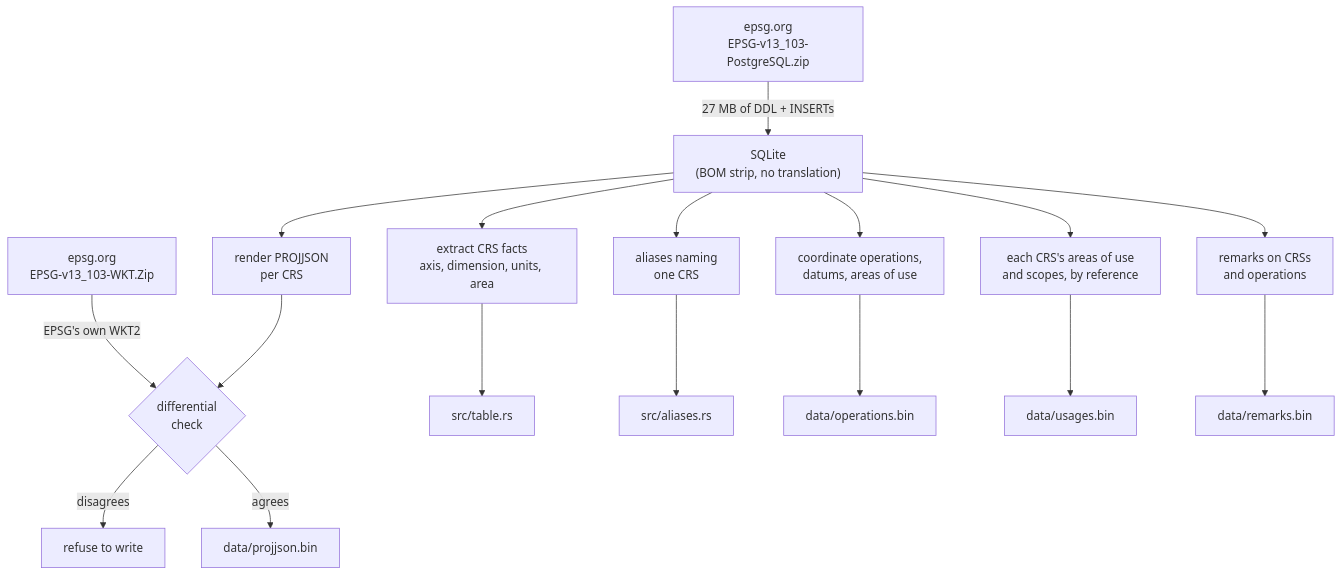
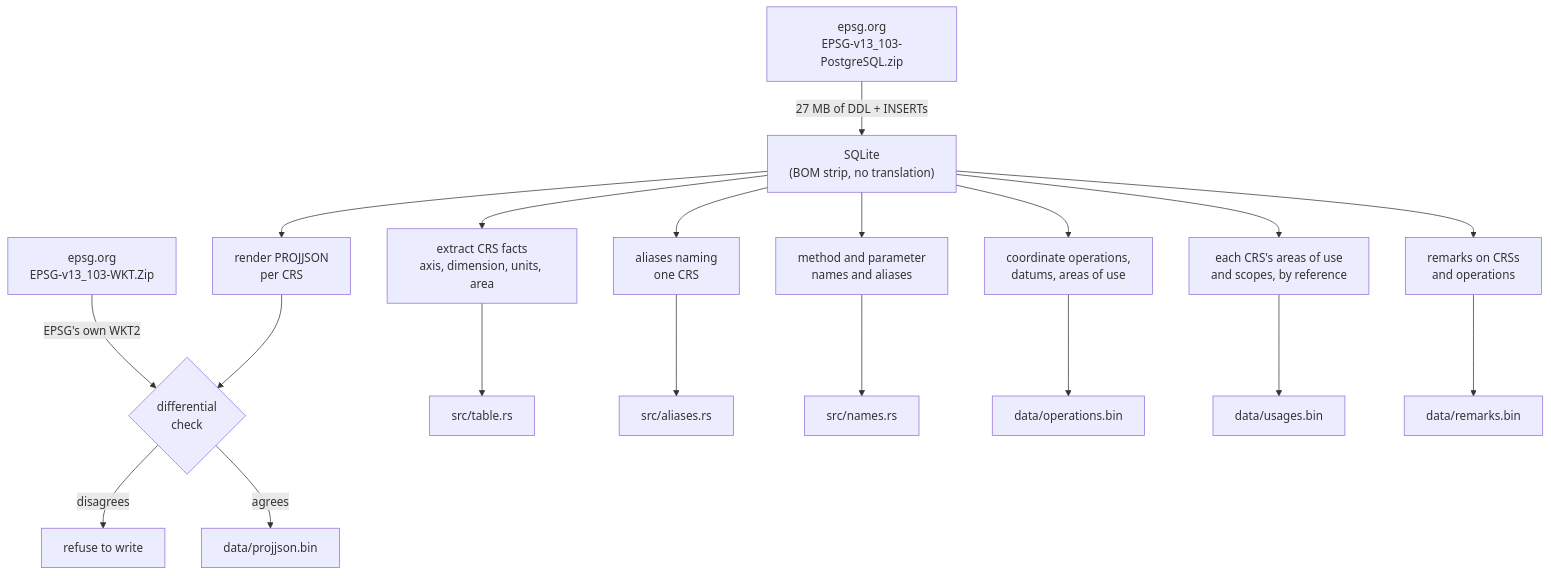
One commit to ttomasz/xeibe changed the diagram in crates/xeibe-crs/README.md. Above: the diagram before and after it, drawn with Mermaid. The commit also changed other lines of this file and 26 other files, not shown here.

````diff
--- a/crates/xeibe-crs/README.md
+++ b/crates/xeibe-crs/README.md
@@ -31,15 +31,16 @@
 ```mermaid
 flowchart TD
     A["epsg.org<br/>EPSG-v13_103-PostgreSQL.zip"] -->|"27 MB of DDL + INSERTs"| B["SQLite<br/>(BOM strip, no translation)"]
     B --> C["render PROJJSON<br/>per CRS"]
     B --> D["extract CRS facts<br/>axis, dimension, units, area"]
     E["epsg.org<br/>EPSG-v13_103-WKT.Zip"] -->|"EPSG's own WKT2"| F{"differential<br/>check"}
     C --> F
     F -->|"disagrees"| G["refuse to write"]
     F -->|"agrees"| H["data/projjson.bin"]
     D --> I["src/table.rs"]
     B --> J["aliases naming<br/>one CRS"] --> K["src/aliases.rs"]
+    B --> R["method and parameter<br/>names and aliases"] --> S["src/names.rs"]
     B --> L["coordinate operations,<br/>datums, areas of use"] --> M["data/operations.bin"]
     B --> N["each CRS's areas of use<br/>and scopes, by reference"] --> O["data/usages.bin"]
     B --> P["remarks on CRSs<br/>and operations"] --> Q["data/remarks.bin"]
 ```
````
